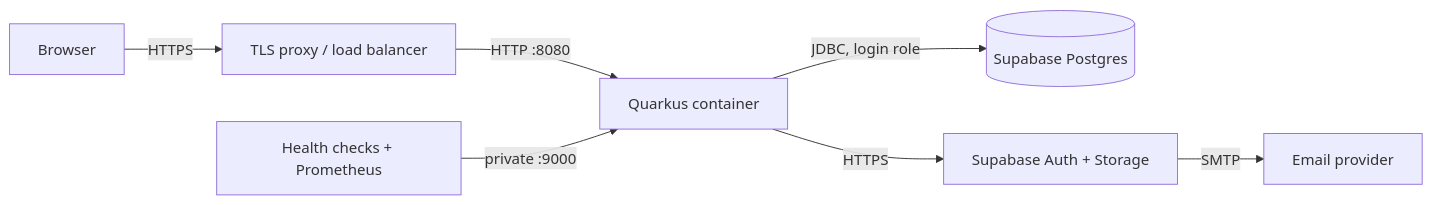
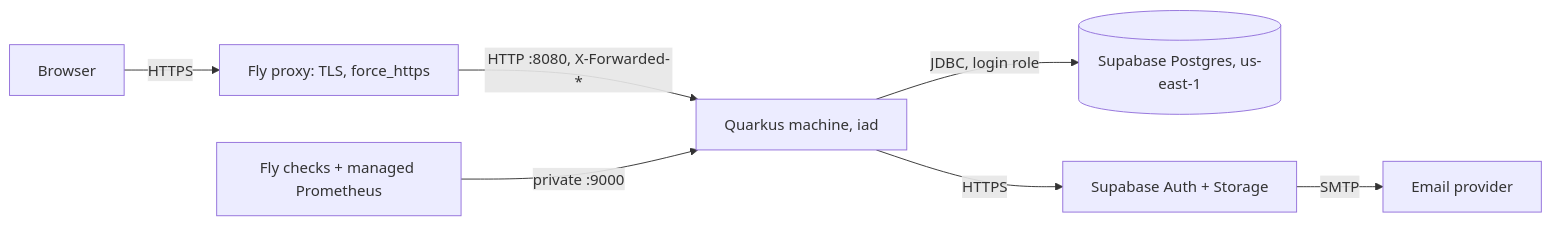
Before and after one commit to colllten/giftloop: the diagram in docs/DEPLOYMENT.md, drawn with Mermaid. The commit also changed other lines of this file and 14 other files, not shown here.

````diff
--- a/docs/DEPLOYMENT.md
+++ b/docs/DEPLOYMENT.md
@@ -5,9 +6,9 @@
 ```mermaid
 flowchart LR
-  U[Browser] -->|HTTPS| P[TLS proxy / load balancer]
-  P -->|HTTP :8080| Q[Quarkus container]
-  M[Health checks + Prometheus] -->|private :9000| Q
-  Q -->|JDBC, login role| DB[(Supabase Postgres)]
+  U[Browser] -->|HTTPS| P[Fly proxy: TLS, force_https]
+  P -->|HTTP :8080, X-Forwarded-*| Q[Quarkus machine, iad]
+  F[Fly checks + managed Prometheus] -->|private :9000| Q
+  Q -->|JDBC, login role| DB[(Supabase Postgres, us-east-1)]
   Q -->|HTTPS| A[Supabase Auth + Storage]
   A -->|SMTP| E[Email provider]
 ```
````
